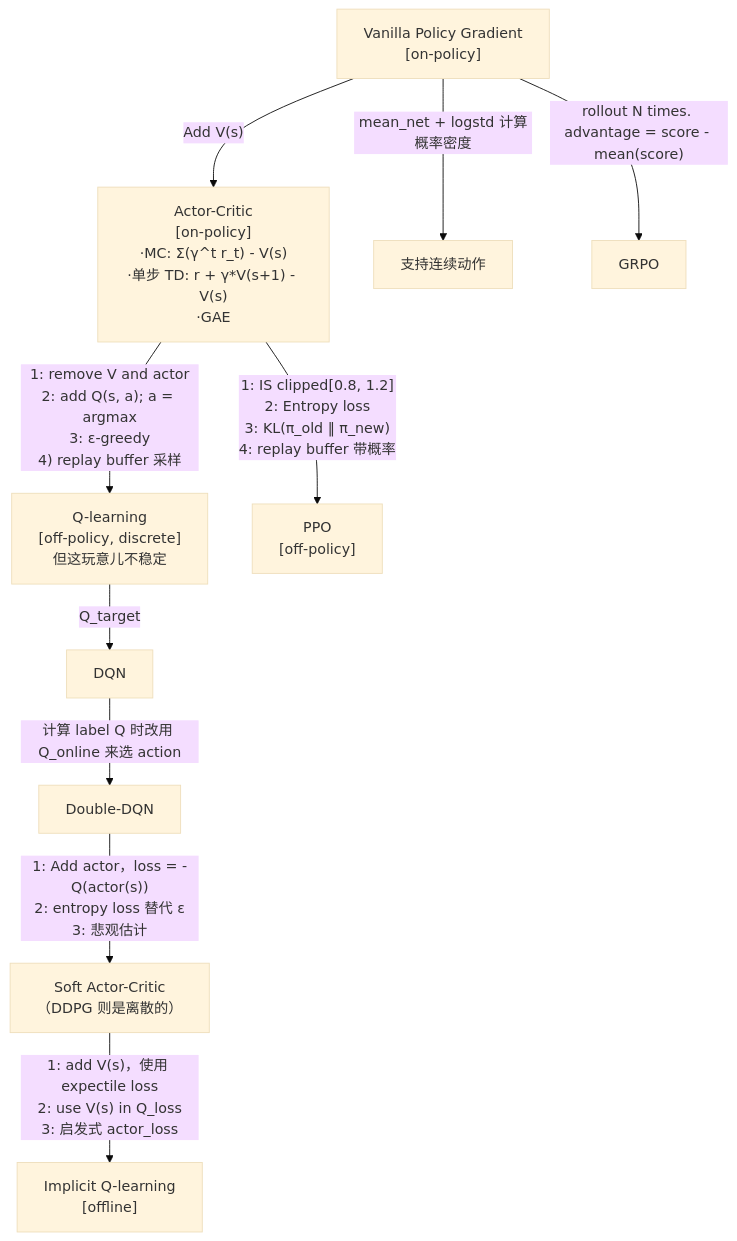
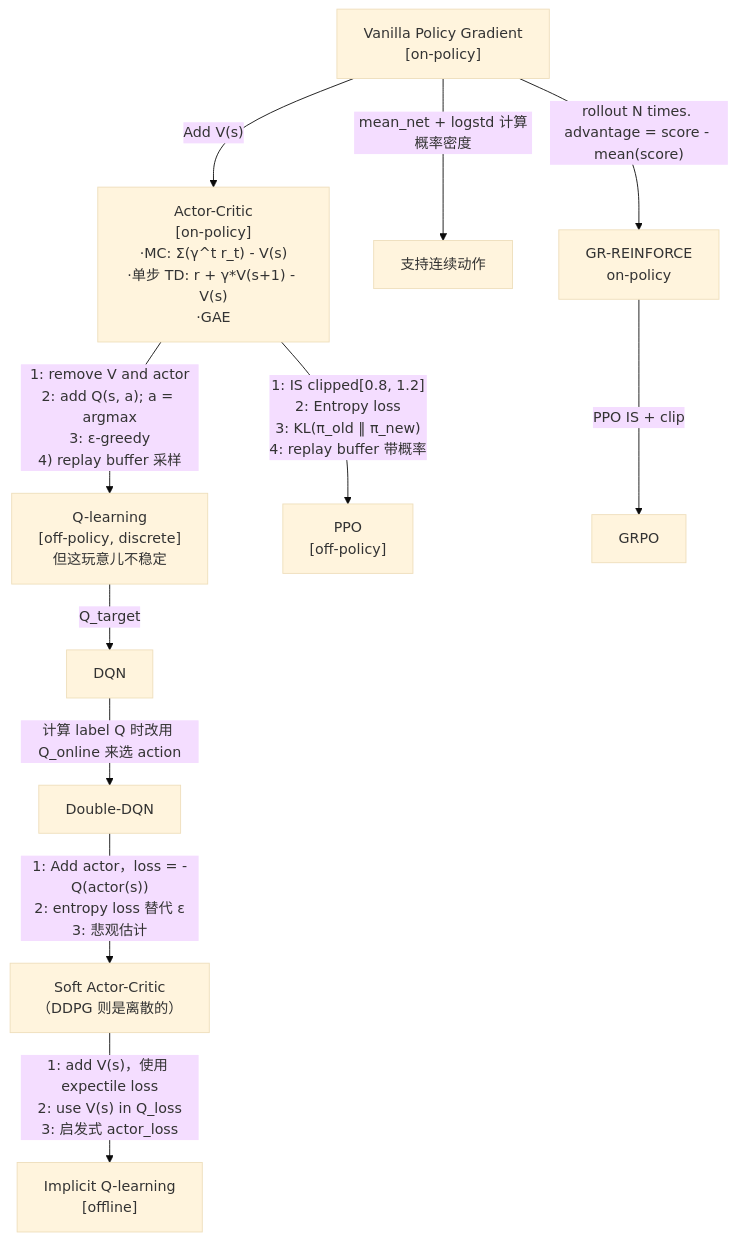
The diagram in 技术学习/285/285-0.md (julyfun/how-to), drawn with Mermaid (base theme) before and after one commit. The commit also changed 2 other files, not shown here.

Commit message:
M 技术学习/285/285-0.md | M 技术学习/285/285-4.md | M 技术学习/285/285-hw4-llm-rl.md

````diff
--- a/技术学习/285/285-0.md
+++ b/技术学习/285/285-0.md
@@ -11,13 +11,15 @@
 ```mermaid
 flowchart TD
     PG["Vanilla Policy Gradient<br>[on-policy]"] -->|"Add V(s)"| AC
     AC["Actor-Critic<br>[on-policy]<br>·MC: Σ(γ^t r_t) - V(s)<br>·单步 TD: r + γ*V(s+1) - V(s)<br>·GAE"]
     PG -->|"mean_net + logstd 计算概率密度"| cont[支持连续动作]
     AC -->|"1: remove V and actor<br>2: add Q(s, a); a = argmax<br>3: ε-greedy<br>4) replay buffer 采样"| Q-learning["Q-learning<br>[off-policy, discrete]<br>但这玩意儿不稳定"]
     Q-learning -->|"Q_target"| DQN
     DQN -->|"计算 label Q 时改用 Q_online 来选 action"| Double-DQN
     Double-DQN -->|"1: Add actor，loss = -Q(actor(s))<br>2: entropy loss 替代 ε<br>3: 悲观估计"| SAC["Soft Actor-Critic<br>（DDPG 则是离散的）"]
     SAC -->|"1: add V(s)，使用 expectile loss<br>2: use V(s) in Q_loss<br>3: 启发式 actor_loss"| IQL["Implicit Q-learning<br>[offline]"]
     AC -->|"1: IS clipped[0.8, 1.2]<br>2: Entropy loss<br>3: KL(π_old ‖ π_new)<br>4: replay buffer 带概率"| PPO["PPO<br>[off-policy]"]
-    PG -->|"rollout N times. advantage = score - mean(score)"| GRPO
+    PG -->|"rollout N times. advantage = score - mean(score)"| GR["GR-REINFORCE<br>on-policy"]
+    GR -->|"PPO IS + clip"| GRPO
+
 ```
````
